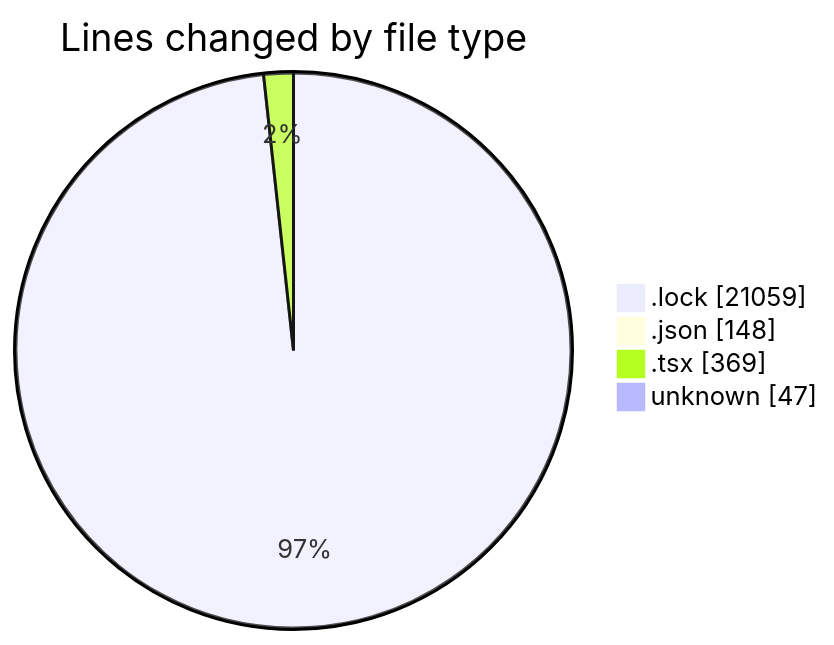
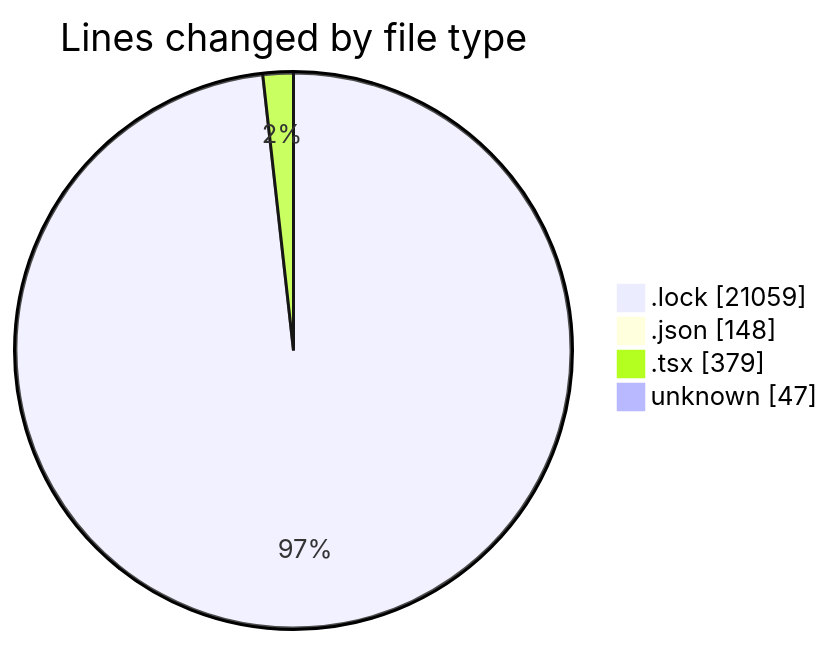
One commit to momahboobian/code-tracking changed the first of 2 diagrams in 2025-10-20/cda/README.md. Above: the diagram before and after it, drawn with Mermaid. The commit also changed other lines of this file and 1 other file, not shown here.

````diff
--- a/2025-10-20/cda/README.md
+++ b/2025-10-20/cda/README.md
@@ -27,8 +27,8 @@
 ```mermaid
 pie showData
 title Lines changed by file type
 ".lock" : 21059
 ".json" : 148
-".tsx" : 369
+".tsx" : 379
 "unknown" : 47
 ```
````
